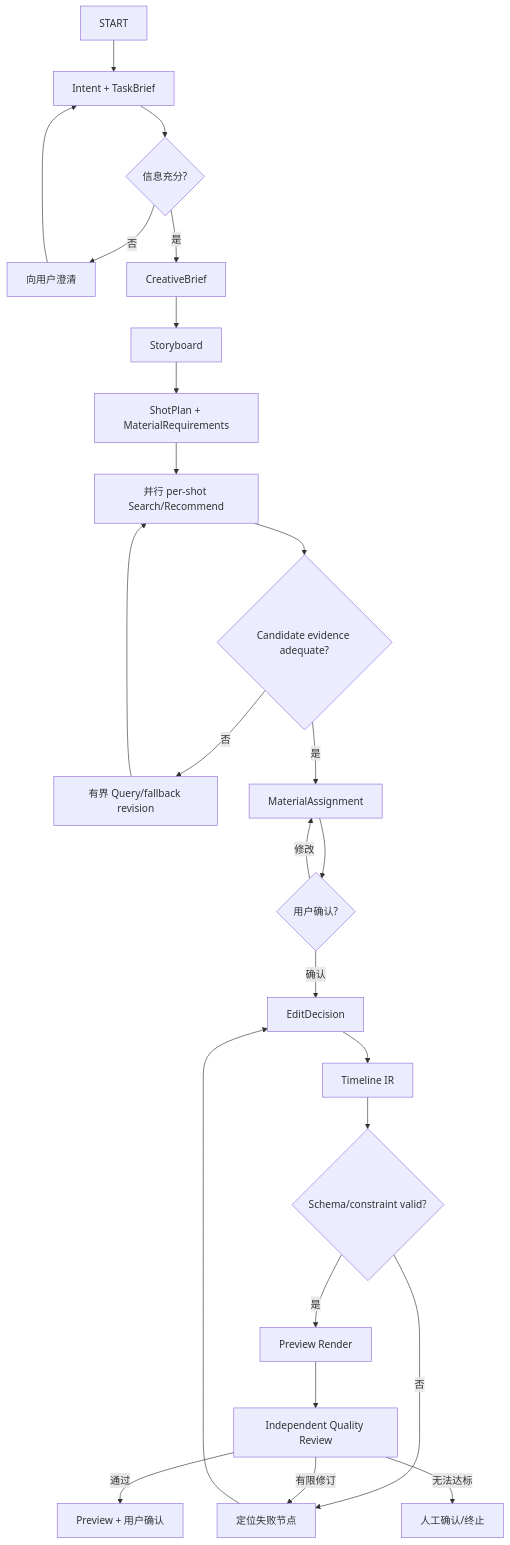
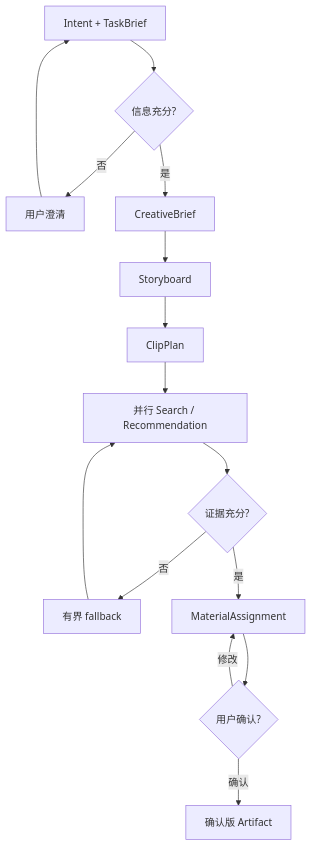
Before and after one commit to human-cosmos/search-rec-docs: the fourth of 4 diagrams in implementation/04_VideoDomainAgent_详细设计与实施手册.md, drawn with Mermaid. The commit also changed other lines of this file and 14 other files, not shown here.

````diff
--- a/implementation/04_VideoDomainAgent_详细设计与实施手册.md
+++ b/implementation/04_VideoDomainAgent_详细设计与实施手册.md
@@ -353,24 +397,15 @@
 ```mermaid
 flowchart TB
-  S[START] --> I[Intent + TaskBrief]
-  I --> C{信息充分?}
-  C -->|否| Q[向用户澄清] --> I
-  C -->|是| B[CreativeBrief]
-  B --> SB[Storyboard]
-  SB --> SP[ShotPlan + MaterialRequirements]
-  SP --> P[并行 per-shot Search/Recommend]
-  P --> E{Candidate evidence adequate?}
-  E -->|否| QP[有界 Query/fallback revision] --> P
-  E -->|是| A[MaterialAssignment]
-  A --> U{用户确认?}
-  U -->|修改| A
-  U -->|确认| ED[EditDecision]
-  ED --> TL[Timeline IR]
-  TL --> V{Schema/constraint valid?}
-  V -->|否| FIX[定位失败节点] --> ED
-  V -->|是| R[Preview Render]
-  R --> QA[Independent Quality Review]
-  QA -->|通过| OUT[Preview + 用户确认]
-  QA -->|有限修订| FIX
-  QA -->|无法达标| HUMAN[人工确认/终止]
+  I[Intent + TaskBrief] --> Q{信息充分?}
+  Q -->|否| ASK[用户澄清] --> I
+  Q -->|是| CB[CreativeBrief]
+  CB --> SB[Storyboard]
+  SB --> CP[ClipPlan]
+  CP --> R[并行 Search / Recommendation]
+  R --> E{证据充分?}
+  E -->|否| F[有界 fallback] --> R
+  E -->|是| MA[MaterialAssignment]
+  MA --> U{用户确认?}
+  U -->|修改| MA
+  U -->|确认| OUT[确认版 Artifact]
 ```
````
